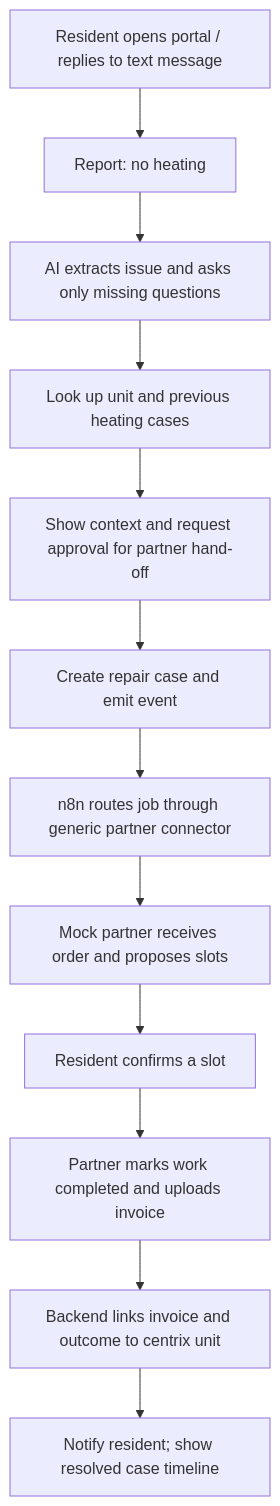
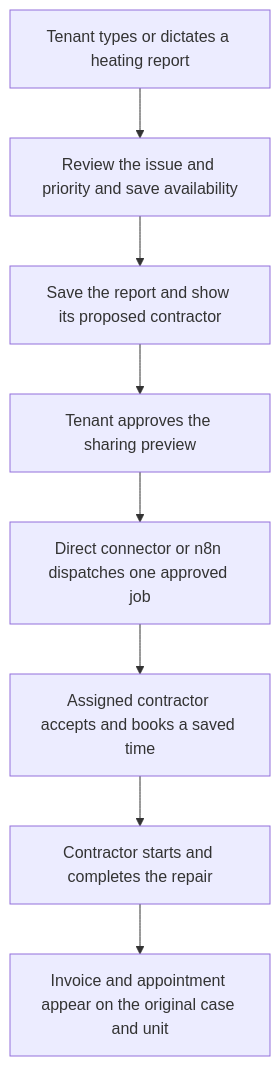
Before and after one commit to FullOfHell/hackathonMAIN: the diagram in Docs/Reltix_Hackathon_Project_Plan.md, drawn with Mermaid. The commit also changed other lines of this file and 14 other files, not shown here.

Commit message:
Require tenant availability and update demo documentation

````diff
--- a/Docs/Reltix_Hackathon_Project_Plan.md
+++ b/Docs/Reltix_Hackathon_Project_Plan.md
@@ -102,14 +102,10 @@
 ```mermaid
 flowchart TD
-    A[Resident opens portal / replies to text message] --> B[Report: no heating]
-    B --> C[AI extracts issue and asks only missing questions]
-    C --> D[Look up unit and previous heating cases]
-    D --> E[Show context and request approval for partner hand-off]
-    E --> F[Create repair case and emit event]
-    F --> G[n8n routes job through generic partner connector]
-    G --> H[Mock partner receives order and proposes slots]
-    H --> I[Resident confirms a slot]
-    I --> J[Partner marks work completed and uploads invoice]
-    J --> K[Backend links invoice and outcome to centrix unit]
-    K --> L[Notify resident; show resolved case timeline]
+    A[Tenant types or dictates a heating report] --> B[Review the issue and priority and save availability]
+    B --> C[Save the report and show its proposed contractor]
+    C --> D[Tenant approves the sharing preview]
+    D --> E[Direct connector or n8n dispatches one approved job]
+    E --> F[Assigned contractor accepts and books a saved time]
+    F --> G[Contractor starts and completes the repair]
+    G --> H[Invoice and appointment appear on the original case and unit]
 ```
````
